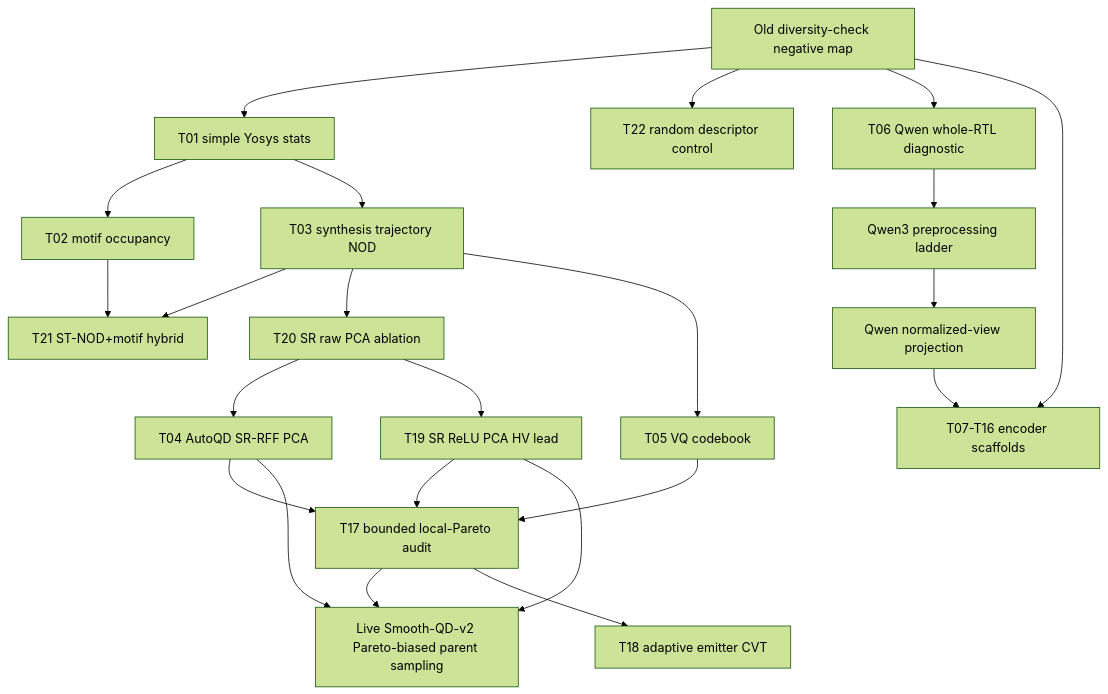
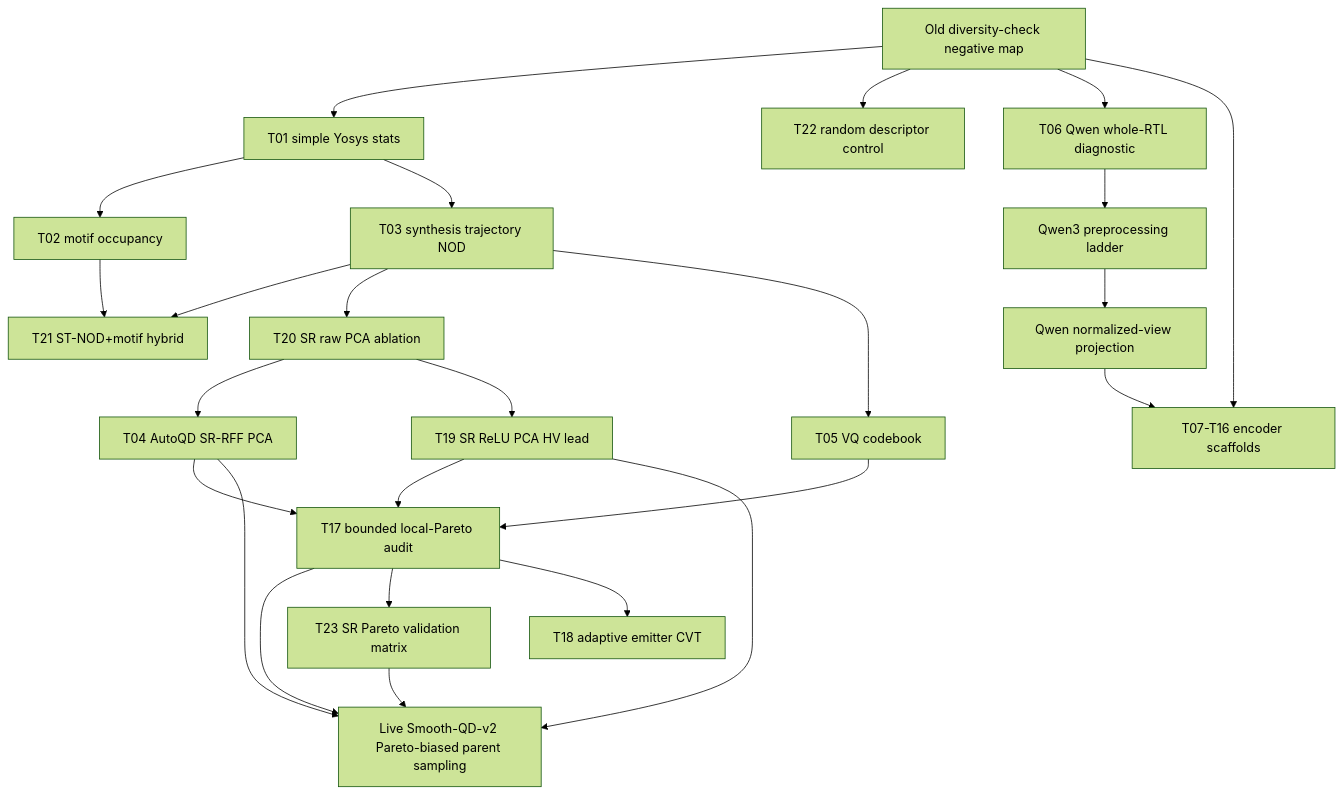
The diagram in docs/journal_features/revamp_history/20260622_010615_KST_useful_bd_push/technique_lanes.md (kmcho2019/REvolution), drawn with Mermaid (forest theme) before and after one commit. The commit also changed other lines of this file and 21 other files, not shown here.

First line of the commit message:
feat(diversity): Add validation matrix

````diff
--- a/docs/journal_features/revamp_history/20260622_010615_KST_useful_bd_push/technique_lanes.md
+++ b/docs/journal_features/revamp_history/20260622_010615_KST_useful_bd_push/technique_lanes.md
@@ -22,27 +22,29 @@
 ```mermaid
 flowchart TD
   A[Old diversity-check negative map] --> B[T01 simple Yosys stats]
   A --> Q[T22 random descriptor control]
   B --> C[T02 motif occupancy]
   B --> D[T03 synthesis trajectory NOD]
   C --> P[T21 ST-NOD+motif hybrid]
   D --> P
   D --> O[T20 SR raw PCA ablation]
   O --> E[T04 AutoQD SR-RFF PCA]
   D --> F[T05 VQ codebook]
   O --> N[T19 SR ReLU PCA HV lead]
   E --> G[T17 bounded local-Pareto audit]
   N --> G
   F --> G
   G --> H[Live Smooth-QD-v2 Pareto-biased parent sampling]
   E --> H
   N --> H
+  G --> R[T23 SR Pareto validation matrix]
+  R --> H
 
   A --> I[T06 Qwen whole-RTL diagnostic]
   I --> J[Qwen3 preprocessing ladder]
   J --> K[Qwen normalized-view projection]
 
   A --> L[T07-T16 encoder scaffolds]
   K --> L
   G --> M[T18 adaptive emitter CVT]
 ```
````
